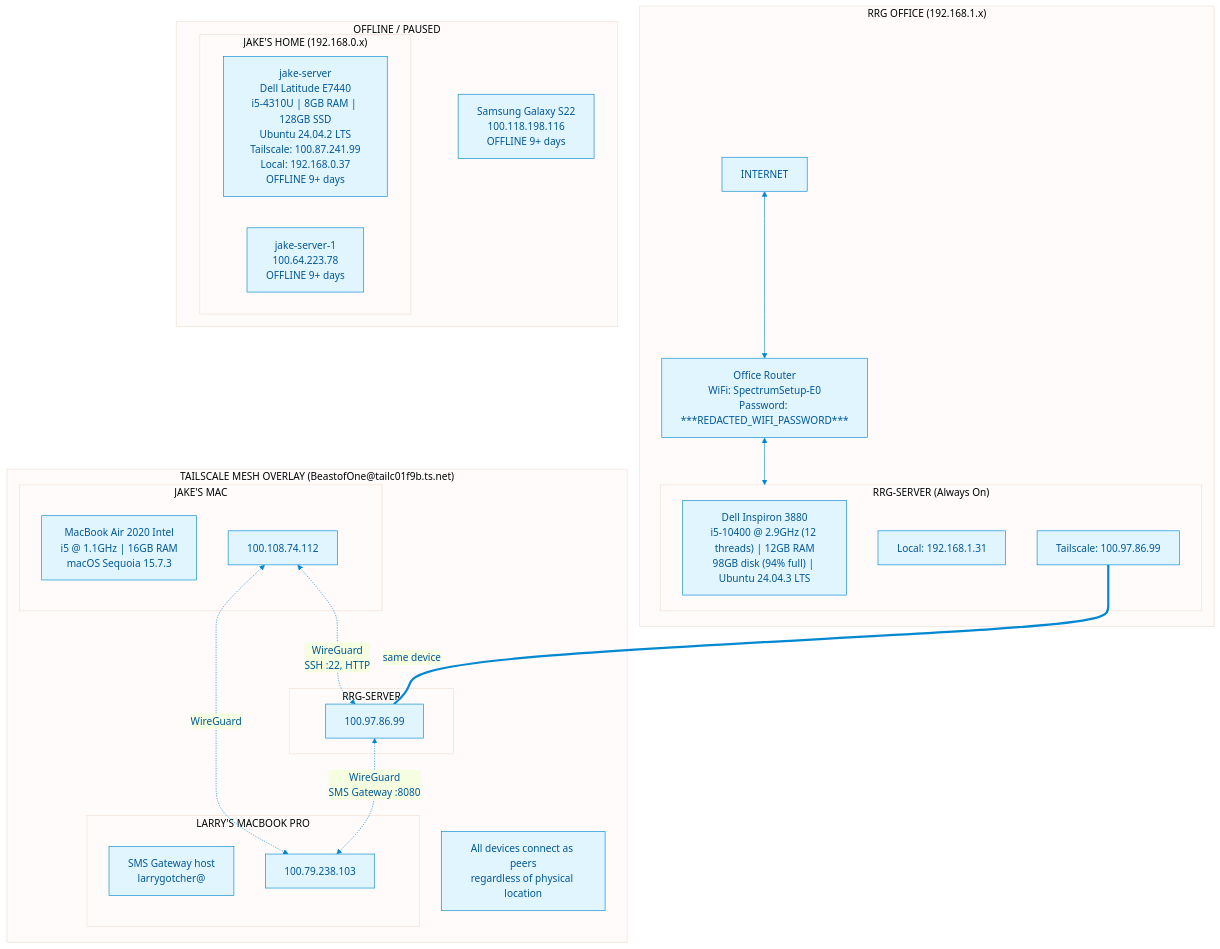
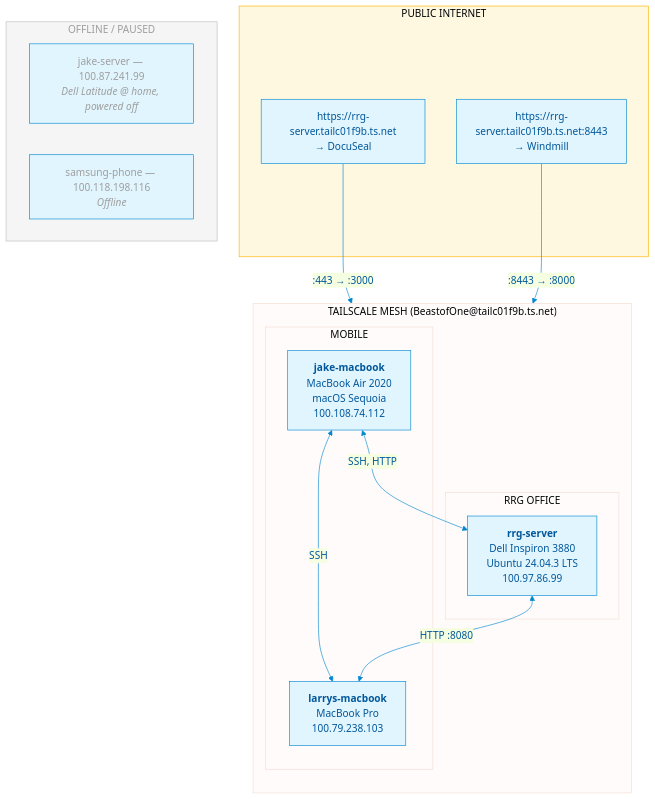
Before and after one commit to BeastofOne/rrg-server: the diagram in docs/mermaid/layer1_physical.mmd, drawn with Mermaid. The commit also changed 2 other files, not shown here.

Commit message:
Rewrite all three Mermaid layers for clarity and consistency
Layer 1: Remove credentials, eliminate duplicate nodes, grey out offline devices, add Funnel as public internet entry point.
Layer 2: Remove image sizes from labels, separate Funnel into own subgraph inside server, drop source code and build pipeline (belongs in docs not diagrams), add color-coded subgraph styling.
Layer 3: Shorten Windmill paths to readable names, remove orphaned get_pending_draft_signals node, use hexagon for route decision node, add consistent color-coded styling across all subgraphs.

```diff
--- a/docs/mermaid/layer1_physical.mmd
+++ b/docs/mermaid/layer1_physical.mmd
@@ -1,53 +1,40 @@
 %%{init: {'theme': 'base', 'themeVariables': { 'primaryColor': '#e1f5fe', 'primaryTextColor': '#01579b', 'primaryBorderColor': '#0288d1', 'lineColor': '#0288d1'}}}%%
 
 graph TB
-    subgraph OFFICE["RRG OFFICE (192.168.1.x)"]
-        INTERNET["INTERNET"]
+    subgraph NETWORK["TAILSCALE MESH (BeastofOne@tailc01f9b.ts.net)"]
+        direction TB
 
-        ROUTER["Office Router<br/>WiFi: SpectrumSetup-E0<br/>Password: ***REDACTED_WIFI_PASSWORD***"]
-
-        subgraph SERVER["RRG-SERVER (Always On)"]
-            SERVER_INFO["Dell Inspiron 3880<br/>i5-10400 @ 2.9GHz (12 threads) | 12GB RAM<br/>98GB disk (94% full) | Ubuntu 24.04.3 LTS"]
-            SERVER_LOCAL["Local: 192.168.1.31"]
-            SERVER_TS["Tailscale: 100.97.86.99"]
+        subgraph OFFICE["RRG OFFICE"]
+            RRG["<b>rrg-server</b><br/>Dell Inspiron 3880<br/>Ubuntu 24.04.3 LTS<br/>100.97.86.99"]
         end
 
-        INTERNET <--> ROUTER
-        ROUTER <--> SERVER
-    end
-
-    subgraph TAILSCALE["TAILSCALE MESH OVERLAY (BeastofOne@tailc01f9b.ts.net)"]
-        TS_NOTE["All devices connect as peers<br/>regardless of physical location"]
-
-        subgraph TS_MAC["JAKE'S MAC"]
-            MAC_INFO["MacBook Air 2020 Intel<br/>i5 @ 1.1GHz | 16GB RAM<br/>macOS Sequoia 15.7.3"]
-            MAC_TS["100.108.74.112"]
-        end
-
-        subgraph TS_RRG["RRG-SERVER"]
-            TS_RRG_IP["100.97.86.99"]
-        end
-
-        subgraph TS_LARRY["LARRY'S MACBOOK PRO"]
-            LARRY_INFO["SMS Gateway host<br/>larrygotcher@"]
-            LARRY_TS["100.79.238.103"]
+        subgraph MOBILE["MOBILE"]
+            MAC["<b>jake-macbook</b><br/>MacBook Air 2020<br/>macOS Sequoia<br/>100.108.74.112"]
+            LARRY["<b>larrys-macbook</b><br/>MacBook Pro<br/>100.79.238.103"]
         end
     end
 
-    subgraph OFFLINE["OFFLINE / PAUSED"]
-        subgraph JAKE_HOME["JAKE'S HOME (192.168.0.x)"]
-            JAKE_SERVER["jake-server<br/>Dell Latitude E7440<br/>i5-4310U | 8GB RAM | 128GB SSD<br/>Ubuntu 24.04.2 LTS<br/>Tailscale: 100.87.241.99<br/>Local: 192.168.0.37<br/>OFFLINE 9+ days"]
-            JAKE_SERVER_1["jake-server-1<br/>100.64.223.78<br/>OFFLINE 9+ days"]
-        end
-
-        PHONE["Samsung Galaxy S22<br/>100.118.198.116<br/>OFFLINE 9+ days"]
+    subgraph PUBLIC["PUBLIC INTERNET"]
+        FUNNEL_DS["https://rrg-server.tailc01f9b.ts.net<br/>→ DocuSeal"]
+        FUNNEL_WM["https://rrg-server.tailc01f9b.ts.net:8443<br/>→ Windmill"]
     end
 
-    %% Active connections
-    MAC_TS <-.->|"WireGuard<br/>SSH :22, HTTP"| TS_RRG_IP
-    TS_RRG_IP <-.->|"WireGuard<br/>SMS Gateway :8080"| LARRY_TS
-    MAC_TS <-.->|"WireGuard"| LARRY_TS
-    SERVER_TS ===|"same device"| TS_RRG_IP
+    subgraph PAUSED["OFFLINE / PAUSED"]
+        JAKE_SRV["jake-server — 100.87.241.99<br/><i>Dell Latitude @ home, powered off</i>"]
+        PHONE["samsung-phone — 100.118.198.116<br/><i>Offline</i>"]
+    end
 
-    %% Offline connections (dashed, greyed)
-    JAKE_SERVER ~~~ PHONE
+    %% Active Tailscale connections
+    MAC <-->|"SSH, HTTP"| RRG
+    MAC <-->|"SSH"| LARRY
+    RRG <-->|"HTTP :8080"| LARRY
+
+    %% Tailscale Funnel
+    FUNNEL_DS -->|":443 → :3000"| RRG
+    FUNNEL_WM -->|":8443 → :8000"| RRG
+
+    %% Styling
+    style PAUSED fill:#f5f5f5,stroke:#bdbdbd,color:#9e9e9e
+    style JAKE_SRV color:#9e9e9e
+    style PHONE color:#9e9e9e
+    style PUBLIC fill:#fff8e1,stroke:#ffb300
```
